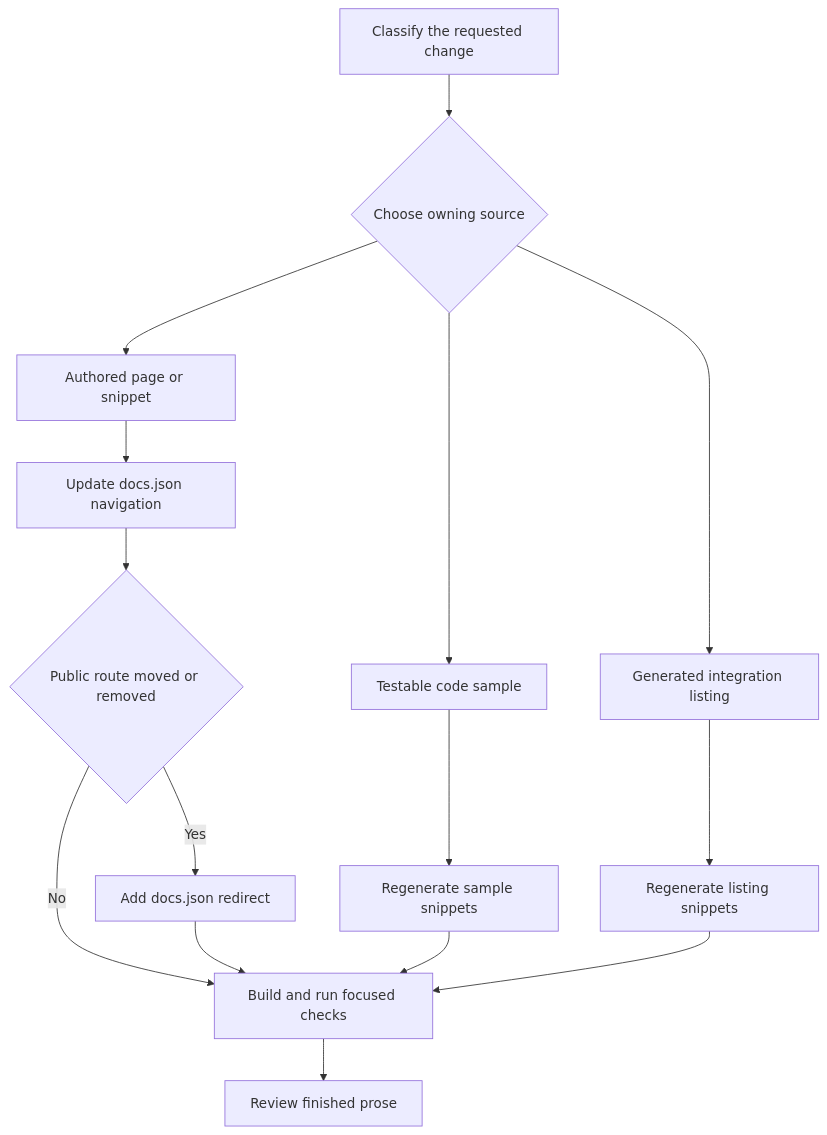
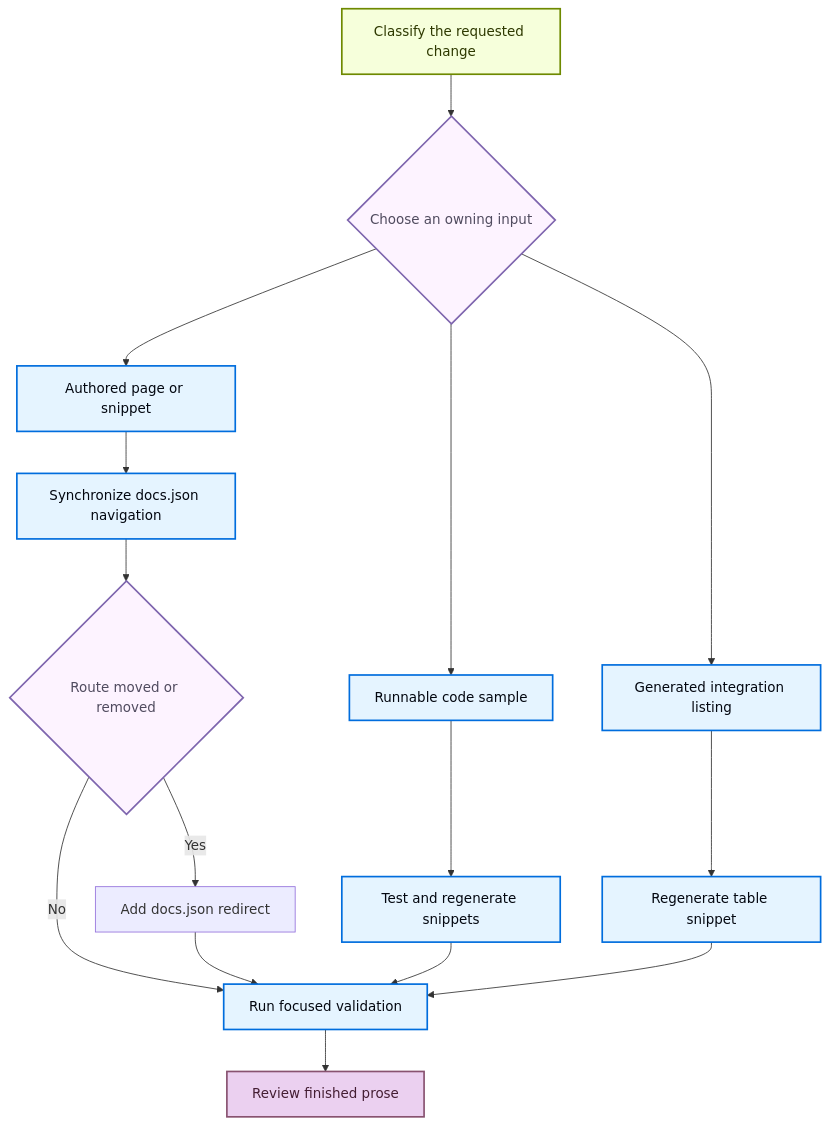
The diagram in openwiki/operations/adding-pages.md (langchain-ai/docs), drawn with Mermaid before and after one commit. The commit also changed other lines of this file and 28 other files, not shown here.

````diff
--- a/openwiki/operations/adding-pages.md
+++ b/openwiki/operations/adding-pages.md
@@ -57,17 +61,25 @@
 ```mermaid
 flowchart TD
-    Start["Classify the requested change"] --> Owner{"Choose owning source"}
+    Start["Classify the requested change"] --> Owner{"Choose an owning input"}
     Owner --> Page["Authored page or snippet"]
-    Owner --> Sample["Testable code sample"]
+    Owner --> Sample["Runnable code sample"]
     Owner --> Listing["Generated integration listing"]
-    Page --> Navigation["Update docs.json navigation"]
-    Sample --> RegenerateSample["Regenerate sample snippets"]
-    Listing --> RegenerateListing["Regenerate listing snippets"]
-    Navigation --> Retired{"Public route moved or removed"}
+    Page --> Navigation["Synchronize docs.json navigation"]
+    Sample --> RegenerateSample["Test and regenerate snippets"]
+    Listing --> RegenerateListing["Regenerate table snippet"]
+    Navigation --> Retired{"Route moved or removed"}
     Retired -->|"Yes"| Redirect["Add docs.json redirect"]
-    Retired -->|"No"| Validate["Build and run focused checks"]
+    Retired -->|"No"| Validate["Run focused validation"]
     Redirect --> Validate
     RegenerateSample --> Validate
     RegenerateListing --> Validate
     Validate --> Review["Review finished prose"]
+    classDef process fill:#E5F4FF,stroke:#006DDD,stroke-width:2px,color:#030710
+    classDef trigger fill:#F6FFDB,stroke:#6E8900,stroke-width:2px,color:#2E3900
+    classDef decision fill:#FDF3FF,stroke:#7E65AE,stroke-width:2px,color:#504B5F
+    classDef output fill:#EBD0F0,stroke:#885270,stroke-width:2px,color:#441E33
+    class Start trigger
+    class Owner,Retired decision
+    class Page,Sample,Listing,Navigation,RegenerateSample,RegenerateListing,Validate process
+    class Review output
 ```
````
